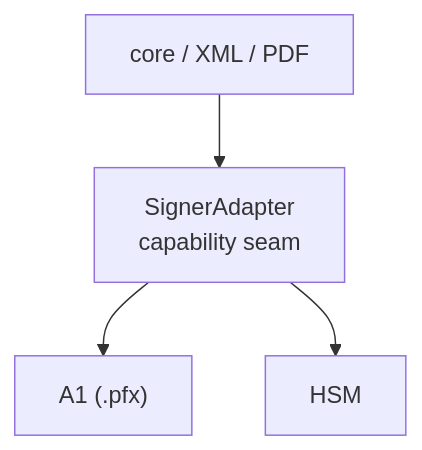
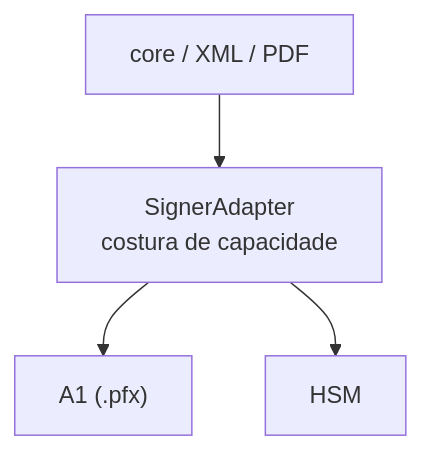
One commit to Licitei/signature-kit changed the diagram in apps/docs/content/docs/signing/signers.mdx. Above: the diagram before and after it, drawn with Mermaid. The commit also changed other lines of this file and 156 other files, not shown here.

````diff
--- a/apps/docs/content/docs/signing/signers.mdx
+++ b/apps/docs/content/docs/signing/signers.mdx
@@ -8,11 +8,11 @@
 ```mermaid
 flowchart TD
   consumer["core / XML / PDF"]
-  adapter["SignerAdapter<br/>capability seam"]
+  adapter["SignerAdapter<br/>costura de capacidade"]
   a1["A1 (.pfx)"]
   hsm["HSM"]
 
   consumer --> adapter
   adapter --> a1
   adapter --> hsm
 ```
````
